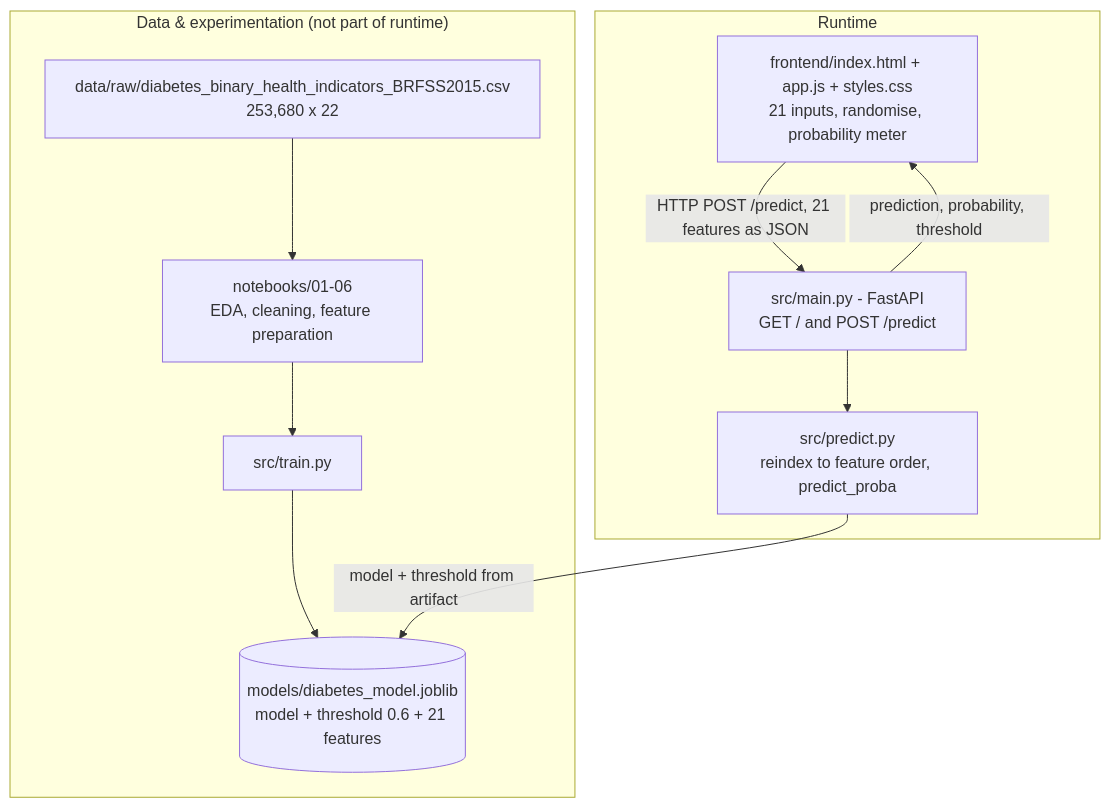
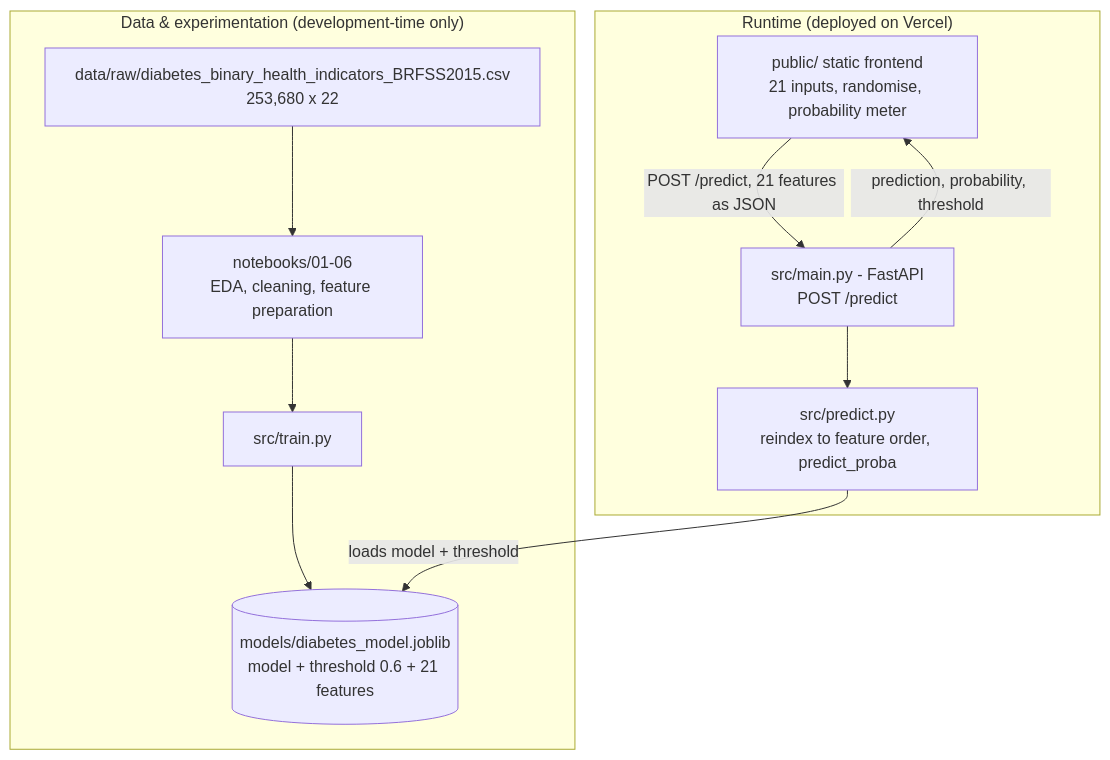
The diagram in README.md (mu-3mar/cdc-diabetes-health-indicators), drawn with Mermaid before and after one commit. The commit also changed other lines of this file, not shown here.

First line of the commit message:
docs: update README for live Vercel deployment

````diff
--- a/README.md
+++ b/README.md
@@ -338,19 +350,19 @@
 ```mermaid
 graph TD
-    subgraph Data["Data & experimentation (not part of runtime)"]
+    subgraph Data["Data & experimentation (development-time only)"]
         RAW["data/raw/diabetes_binary_health_indicators_BRFSS2015.csv<br/>253,680 x 22"]
         NB["notebooks/01-06<br/>EDA, cleaning, feature preparation"]
         TR["src/train.py"]
         ART[("models/diabetes_model.joblib<br/>model + threshold 0.6 + 21 features")]
         RAW --> NB --> TR --> ART
     end
 
-    subgraph Runtime["Runtime"]
-        UI["frontend/index.html + app.js + styles.css<br/>21 inputs, randomise, probability meter"]
-        API["src/main.py - FastAPI<br/>GET / and POST /predict"]
+    subgraph Runtime["Runtime (deployed on Vercel)"]
+        UI["public/ static frontend<br/>21 inputs, randomise, probability meter"]
+        API["src/main.py - FastAPI<br/>POST /predict"]
         PRED["src/predict.py<br/>reindex to feature order, predict_proba"]
-        UI -->|"HTTP POST /predict, 21 features as JSON"| API --> PRED
-        PRED -->|"model + threshold from artifact"| ART
+        UI -->|"POST /predict, 21 features as JSON"| API --> PRED
+        PRED -->|"loads model + threshold"| ART
         API -->|"prediction, probability, threshold"| UI
     end
 ```
````
